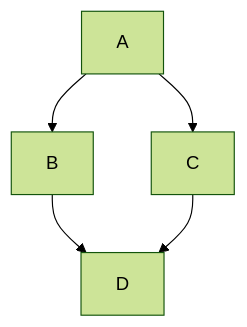
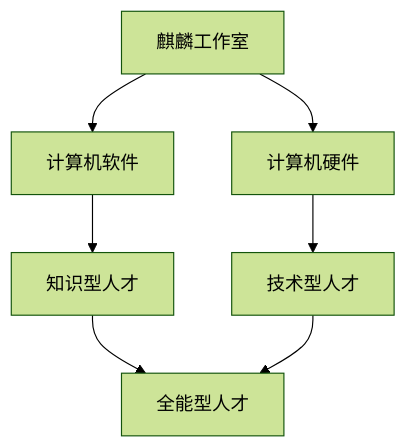
Before and after one commit to Kirin7098/markdown-beginners: the diagram in README.md, drawn with Mermaid (forest theme).

Commit message:
README.md

````diff
--- a/README.md
+++ b/README.md
@@ -42,7 +42,7 @@
 ```mermaid
 graph TD;  
-    A --> B;  
-    A --> C;  
-    B --> D;  
-    C --> D;  
+    麒麟工作室 --> 计算机硬件 --> 技术型人才;  
+    麒麟工作室 --> 计算机软件 --> 知识型人才;  
+    知识型人才 --> 全能型人才;  
+    技术型人才 --> 全能型人才;  
 ```
````
